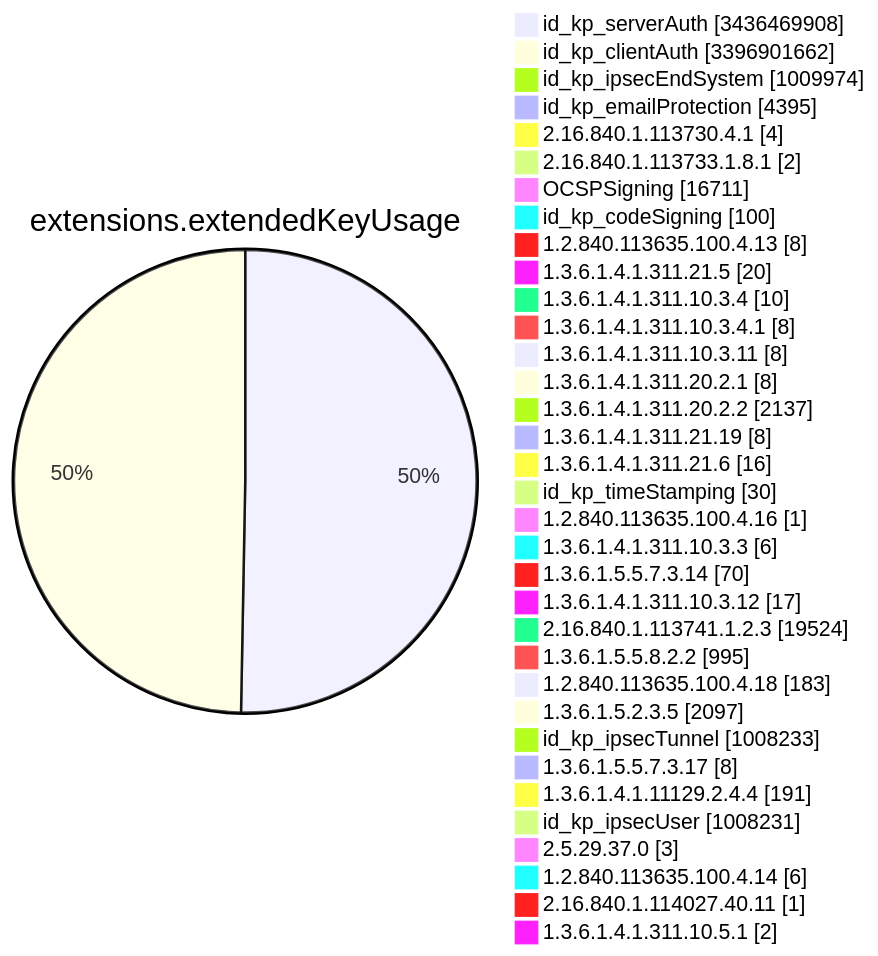
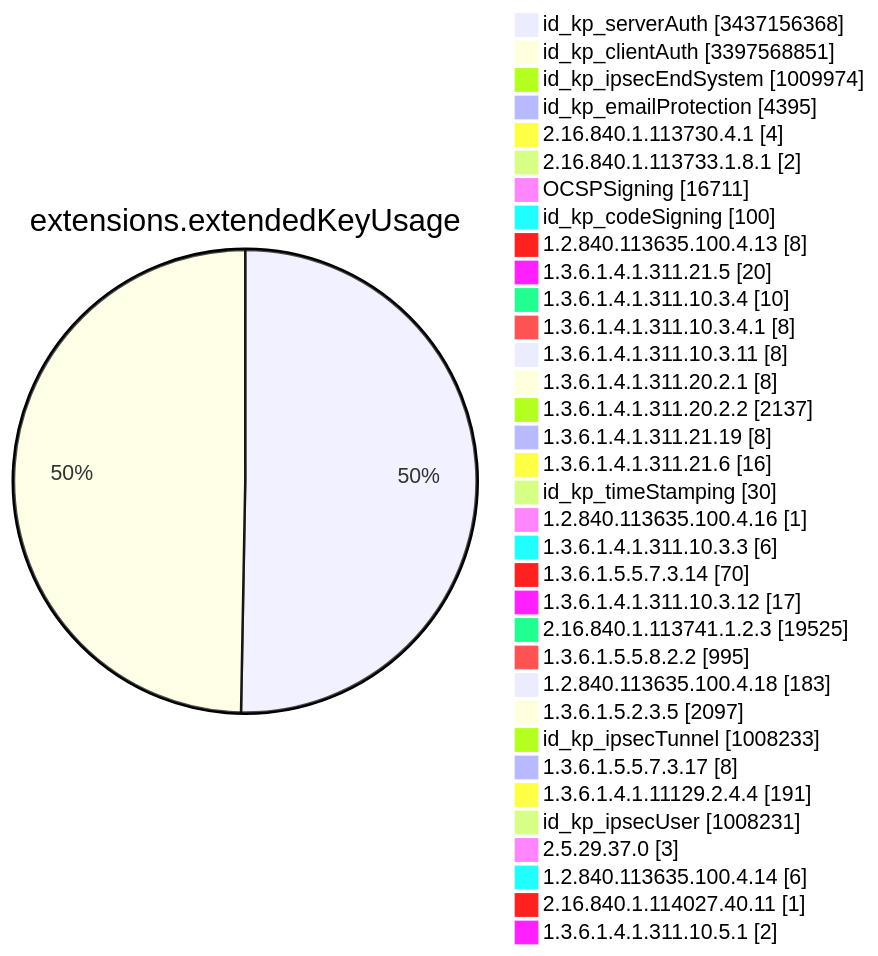
Diagram 11 of 15 in TOTAL/README.md (christiankrug/ctmonitor_visualization), drawn with Mermaid before and after one commit. The commit also changed other lines of this file, not shown here.

````diff
--- a/TOTAL/README.md
+++ b/TOTAL/README.md
@@ -4123,38 +4123,38 @@
 ```mermaid
 pie showData
 title extensions.extendedKeyUsage
-"id_kp_serverAuth" :3436469908
-"id_kp_clientAuth" :3396901662
+"id_kp_serverAuth" :3437156368
+"id_kp_clientAuth" :3397568851
 "id_kp_ipsecEndSystem" :1009974
 "id_kp_emailProtection" :4395
 "2.16.840.1.113730.4.1" :4
 "2.16.840.1.113733.1.8.1" :2
 "OCSPSigning" :16711
 "id_kp_codeSigning" :100
 "1.2.840.113635.100.4.13" :8
 "1.3.6.1.4.1.311.21.5" :20
 "1.3.6.1.4.1.311.10.3.4" :10
 "1.3.6.1.4.1.311.10.3.4.1" :8
 "1.3.6.1.4.1.311.10.3.11" :8
 "1.3.6.1.4.1.311.20.2.1" :8
 "1.3.6.1.4.1.311.20.2.2" :2137
 "1.3.6.1.4.1.311.21.19" :8
 "1.3.6.1.4.1.311.21.6" :16
 "id_kp_timeStamping" :30
 "1.2.840.113635.100.4.16" :1
 "1.3.6.1.4.1.311.10.3.3" :6
 "1.3.6.1.5.5.7.3.14" :70
 "1.3.6.1.4.1.311.10.3.12" :17
-"2.16.840.1.113741.1.2.3" :19524
+"2.16.840.1.113741.1.2.3" :19525
 "1.3.6.1.5.5.8.2.2" :995
 "1.2.840.113635.100.4.18" :183
 "1.3.6.1.5.2.3.5" :2097
 "id_kp_ipsecTunnel" :1008233
 "1.3.6.1.5.5.7.3.17" :8
 "1.3.6.1.4.1.11129.2.4.4" :191
 "id_kp_ipsecUser" :1008231
 "2.5.29.37.0" :3
 "1.2.840.113635.100.4.14" :6
 "2.16.840.1.114027.40.11" :1
 "1.3.6.1.4.1.311.10.5.1" :2
 ```
````
